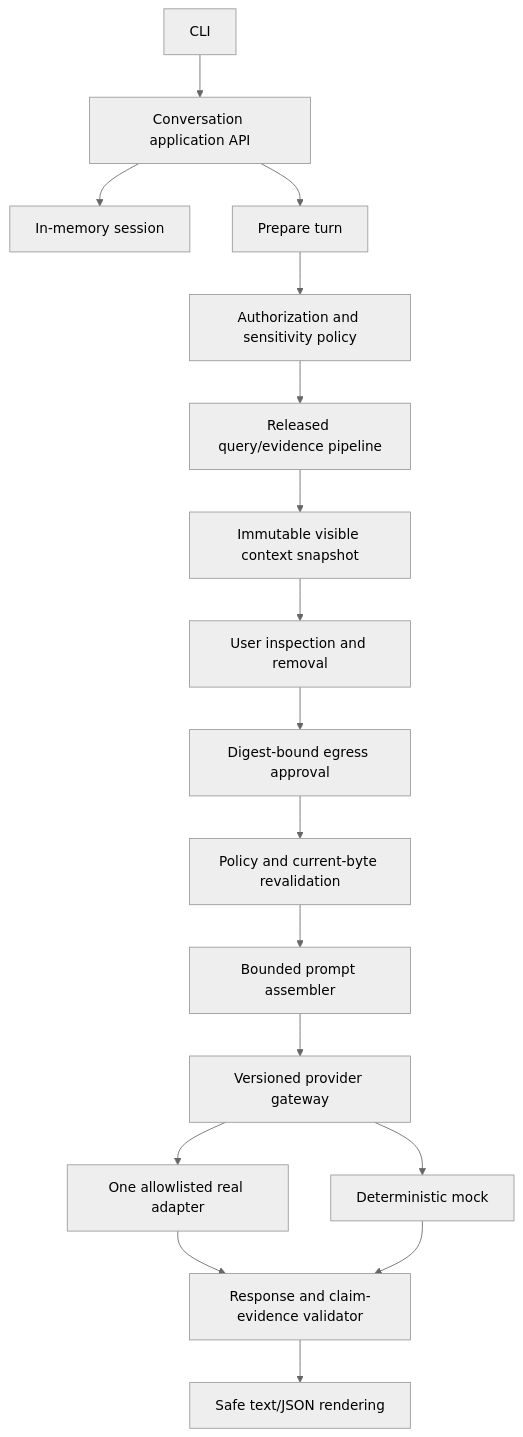
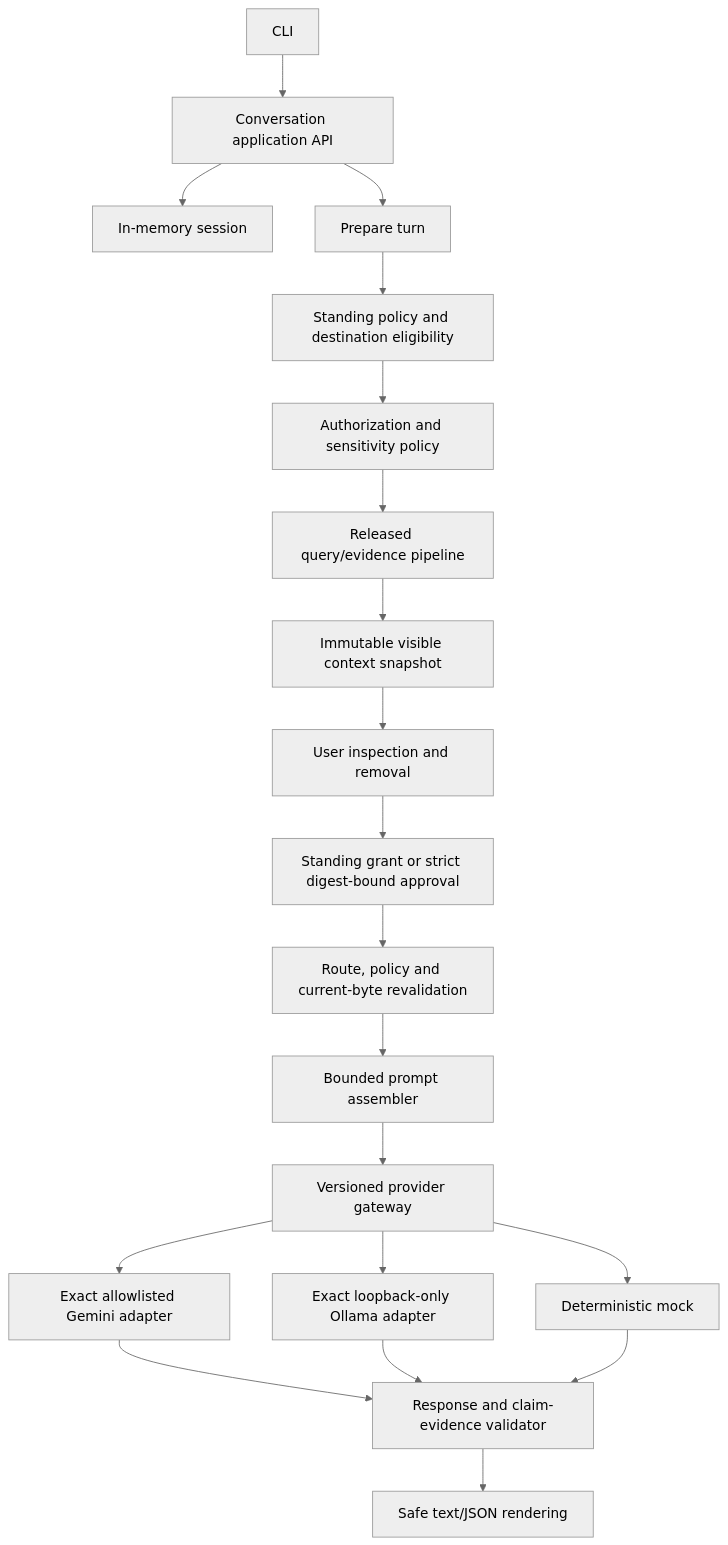
The diagram in docs/software/V0.5_VISIBLE_CONTEXT_CONVERSATION_ARCHITECTURE.md (JMurray40/AI-Operating-System), drawn with Mermaid (neutral theme) before and after one commit. The commit also changed other lines of this file and 9 other files, not shown here.

````diff
--- a/docs/software/V0.5_VISIBLE_CONTEXT_CONVERSATION_ARCHITECTURE.md
+++ b/docs/software/V0.5_VISIBLE_CONTEXT_CONVERSATION_ARCHITECTURE.md
@@ -16,19 +17,22 @@
 ```mermaid
 flowchart TD
     CLI["CLI"] --> APP["Conversation application API"]
     APP --> SESS["In-memory session"]
     APP --> PREP["Prepare turn"]
-    PREP --> AUTH["Authorization and sensitivity policy"]
+    PREP --> ROUTE["Standing policy and destination eligibility"]
+    ROUTE --> AUTH["Authorization and sensitivity policy"]
     AUTH --> QUERY["Released query/evidence pipeline"]
     QUERY --> SNAP["Immutable visible context snapshot"]
     SNAP --> VIEW["User inspection and removal"]
-    VIEW --> APPROVE["Digest-bound egress approval"]
-    APPROVE --> RECHECK["Policy and current-byte revalidation"]
+    VIEW --> APPROVE["Standing grant or strict digest-bound approval"]
+    APPROVE --> RECHECK["Route, policy and current-byte revalidation"]
     RECHECK --> PROMPT["Bounded prompt assembler"]
     PROMPT --> GATE["Versioned provider gateway"]
     GATE --> MOCK["Deterministic mock"]
-    GATE --> REAL["One allowlisted real adapter"]
-    REAL --> VALIDATE["Response and claim-evidence validator"]
+    GATE --> GEMINI["Exact allowlisted Gemini adapter"]
+    GATE --> OLLAMA["Exact loopback-only Ollama adapter"]
+    GEMINI --> VALIDATE["Response and claim-evidence validator"]
+    OLLAMA --> VALIDATE
     MOCK --> VALIDATE
     VALIDATE --> RENDER["Safe text/JSON rendering"]
 ```
````
